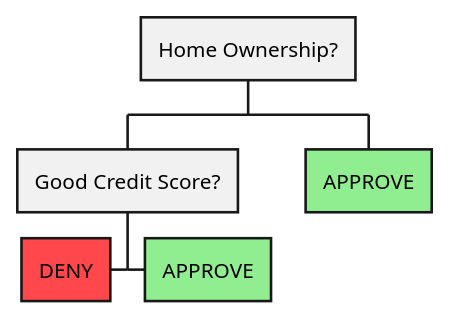
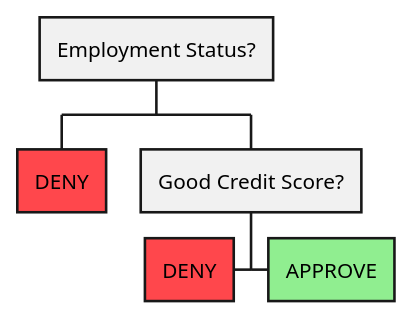
Before and after one commit to mitchspano/mitchspano.github.io: the fifth of 5 diagrams in _posts/2024-05-11-decision_trees.markdown, drawn with PlantUML. The commit also changed other lines of this file, not shown here.

```diff
--- a/_posts/2024-05-11-decision_trees.markdown
+++ b/_posts/2024-05-11-decision_trees.markdown
@@ -495,20 +443,20 @@
 {% plantuml %}
 @startwbs
 <style>
 wbsDiagram {
   .green {
       BackgroundColor #90EE90
   }
   .red {
       BackgroundColor #FF474C
   }
 }
 </style>
-+ Home Ownership?
++ Employment Status?
+++ DENY <<red>>
 ++ Good Credit Score?
++++ APPROVE <<green>>
 ++- DENY <<red>>
-+++ APPROVE <<green>>
-++ APPROVE <<green>>
 
 @endwbs
 {% endplantuml %}
```
